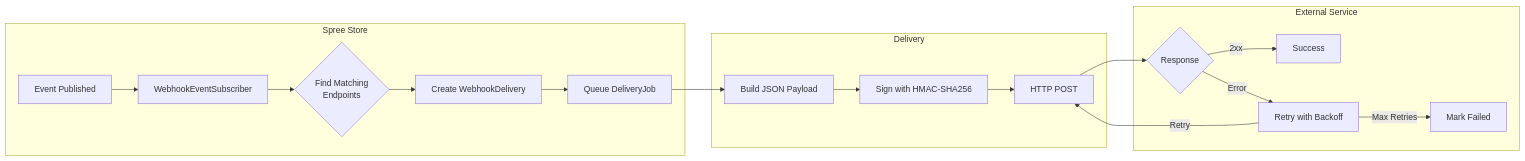
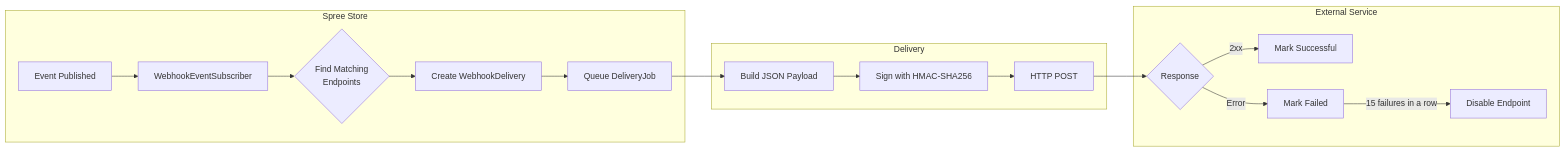
Before and after one commit to spree/spree: the diagram in docs/developer/core-concepts/webhooks.mdx, drawn with Mermaid. The commit also changed other lines of this file and 74 other files, not shown here.

````diff
--- a/docs/developer/core-concepts/webhooks.mdx
+++ b/docs/developer/core-concepts/webhooks.mdx
@@ -20,23 +20,22 @@
 ```mermaid
 flowchart LR
     subgraph Spree Store
         A[Event Published] --> B[WebhookEventSubscriber]
         B --> C{Find Matching<br/>Endpoints}
         C --> D[Create WebhookDelivery]
         D --> E[Queue DeliveryJob]
     end
 
     subgraph Delivery
         E --> F[Build JSON Payload]
         F --> G[Sign with HMAC-SHA256]
         G --> H[HTTP POST]
     end
 
     subgraph External Service
         H --> I{Response}
-        I -->|2xx| J[Success]
-        I -->|Error| K[Retry with Backoff]
-        K -->|Max Retries| L[Mark Failed]
-        K -->|Retry| H
+        I -->|2xx| J[Mark Successful]
+        I -->|Error| K[Mark Failed]
+        K -->|15 failures in a row| L[Disable Endpoint]
     end
 ```
````
